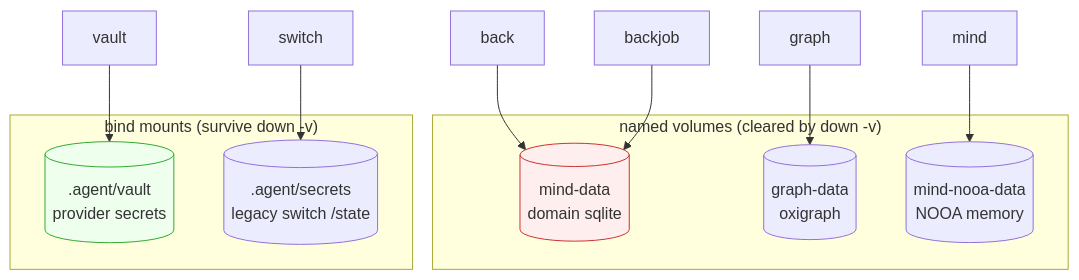
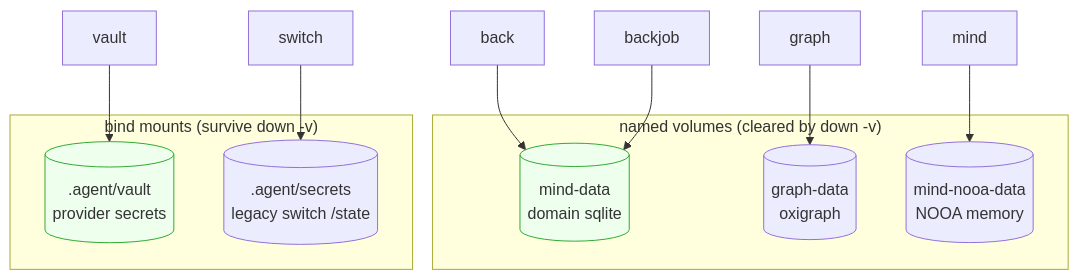
Before and after one commit to laquereric/magentic-stack: the fifth of 6 diagrams in docs/architecture/ContainerTopology.md, drawn with Mermaid. The commit also changed other lines of this file, not shown here.

````diff
--- a/docs/architecture/ContainerTopology.md
+++ b/docs/architecture/ContainerTopology.md
@@ -179,21 +232,21 @@
 ```mermaid
 graph TB
   subgraph named["named volumes (cleared by down -v)"]
     V1[("mind-data<br/>domain sqlite")]
     V2[("graph-data<br/>oxigraph")]
     V3[("mind-nooa-data<br/>NOOA memory")]
   end
   subgraph bind["bind mounts (survive down -v)"]
     B1[(".agent/vault<br/>provider secrets")]
     B2[(".agent/secrets<br/>legacy switch /state")]
   end
   BACK[back] --> V1
   BACKJOB[backjob] --> V1
   GRAPH[graph] --> V2
   MIND[mind] --> V3
   VAULT[vault] --> B1
   SWITCH[switch] --> B2
 
-  style V1 fill:#fee,stroke:#c33
+  style V1 fill:#efe,stroke:#3a3
   style B1 fill:#efe,stroke:#3a3
 ```
````
